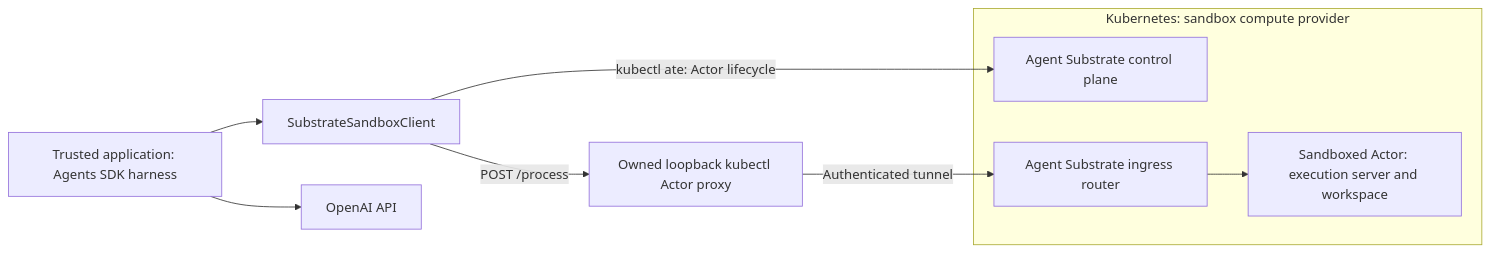
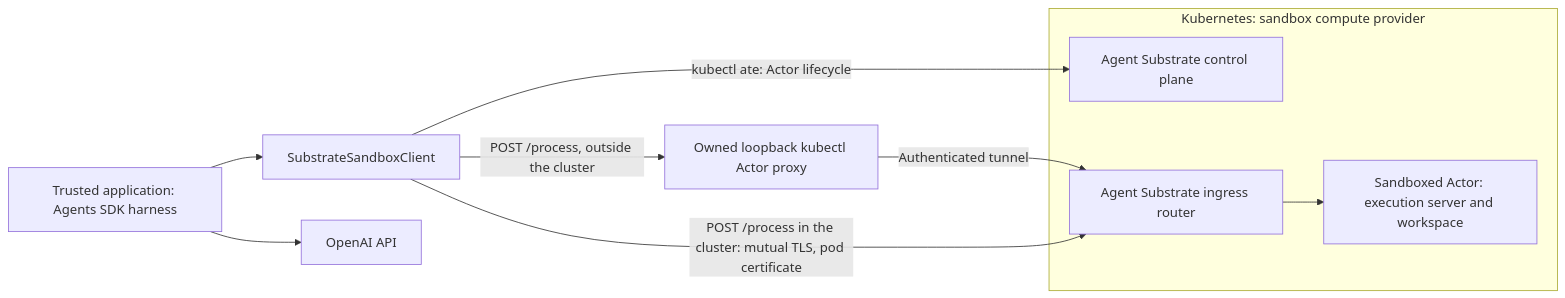
Before and after one commit to SatyKrish/openai-agent-substrate: the diagram in docs/architecture.md, drawn with Mermaid. The commit also changed other lines of this file and 27 other files, not shown here.

````diff
--- a/docs/architecture.md
+++ b/docs/architecture.md
@@ -11,14 +11,15 @@
 ```mermaid
 flowchart LR
     Harness["Trusted application: Agents SDK harness"] --> Adapter[SubstrateSandboxClient]
     subgraph Kubernetes["Kubernetes: sandbox compute provider"]
         Control["Agent Substrate control plane"]
         Router["Agent Substrate ingress router"]
         Actor["Sandboxed Actor: execution server and workspace"]
         Router --> Actor
     end
     Adapter -->|"kubectl ate: Actor lifecycle"| Control
-    Adapter -->|"POST /process"| Proxy["Owned loopback kubectl Actor proxy"]
+    Adapter -->|"POST /process, outside the cluster"| Proxy["Owned loopback kubectl Actor proxy"]
     Proxy -->|"Authenticated tunnel"| Router
+    Adapter -->|"POST /process in the cluster: mutual TLS, pod certificate"| Router
     Harness --> API[OpenAI API]
 ```
````
